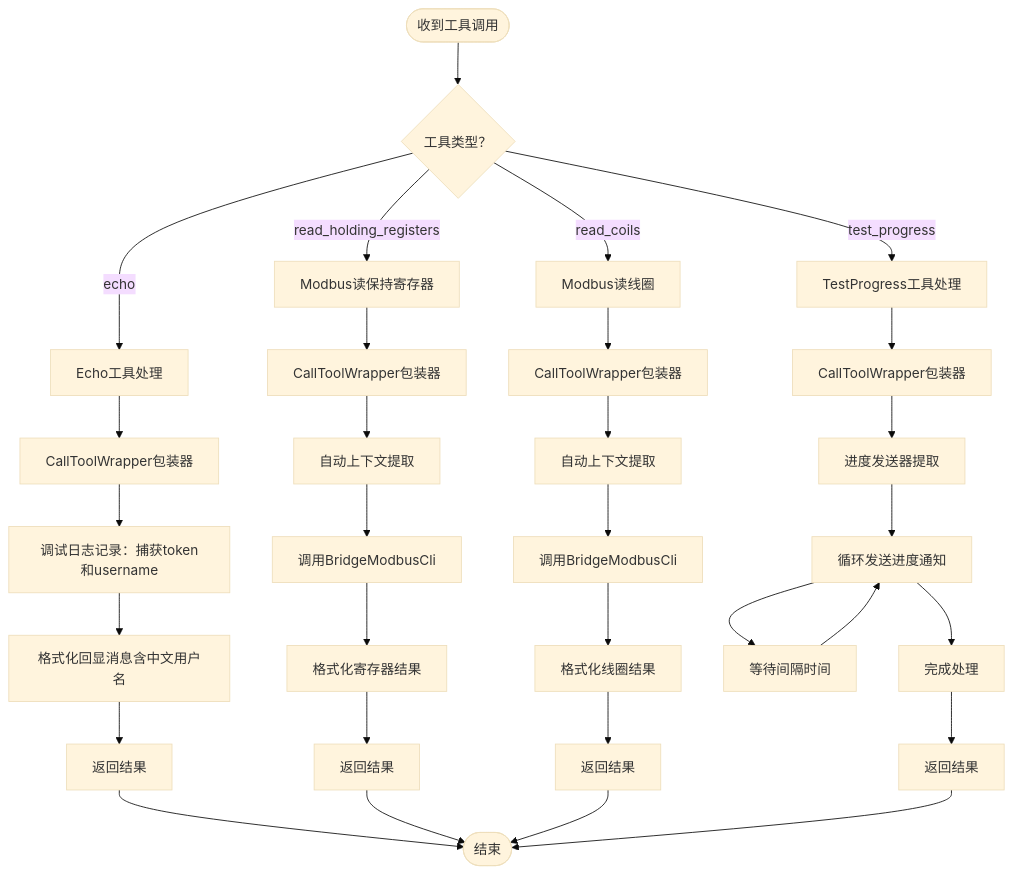
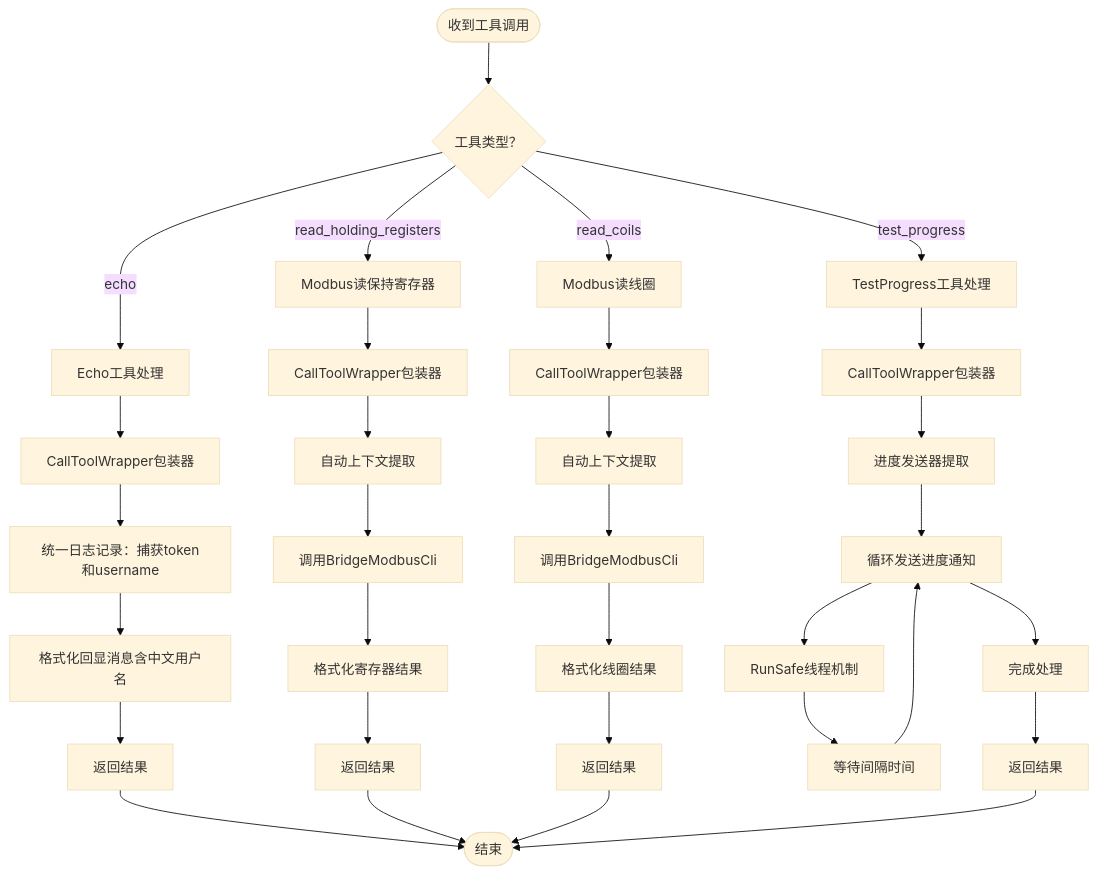
Before and after one commit to maomao94/zero-service: the third of 17 diagrams in .qoder/repowiki/zh/content/AI应用模块/MCP服务器.md, drawn with Mermaid (base theme). The commit also changed other lines of this file and 58 other files, not shown here.

````diff
--- a/.qoder/repowiki/zh/content/AI应用模块/MCP服务器.md
+++ b/.qoder/repowiki/zh/content/AI应用模块/MCP服务器.md
@@ -257,33 +271,34 @@
 ```mermaid
 flowchart TD
 Start(["收到工具调用"]) --> Check{"工具类型？"}
 Check --> |echo| Echo["Echo工具处理"]
 Check --> |read_holding_registers| Modbus1["Modbus读保持寄存器"]
 Check --> |read_coils| Modbus2["Modbus读线圈"]
 Check --> |test_progress| TestProgress["TestProgress工具处理"]
 Echo --> Wrapper["CallToolWrapper包装器"]
-Wrapper --> DebugLog["调试日志记录：捕获token和username"]
+Wrapper --> DebugLog["统一日志记录：捕获token和username"]
 DebugLog --> Format1["格式化回显消息含中文用户名"]
 Format1 --> Return1["返回结果"]
 Modbus1 --> Wrapper2["CallToolWrapper包装器"]
 Wrapper2 --> Extract["自动上下文提取"]
 Extract --> Call1["调用BridgeModbusCli"]
 Call1 --> Format2["格式化寄存器结果"]
 Format2 --> Return2["返回结果"]
 Modbus2 --> Wrapper3["CallToolWrapper包装器"]
 Wrapper3 --> Extract2["自动上下文提取"]
 Extract2 --> Call2["调用BridgeModbusCli"]
 Call2 --> Format3["格式化线圈结果"]
 Format3 --> Return3["返回结果"]
 TestProgress --> Wrapper4["CallToolWrapper包装器"]
 Wrapper4 --> Progress["进度发送器提取"]
 Progress --> Loop["循环发送进度通知"]
-Loop --> Sleep["等待间隔时间"]
+Loop --> RunSafe["RunSafe线程机制"]
+RunSafe --> Sleep["等待间隔时间"]
 Sleep --> Loop
 Loop --> Complete["完成处理"]
 Complete --> Return4["返回结果"]
 Return1 --> End(["结束"])
 Return2 --> End
 Return3 --> End
 Return4 --> End
 ```
````
